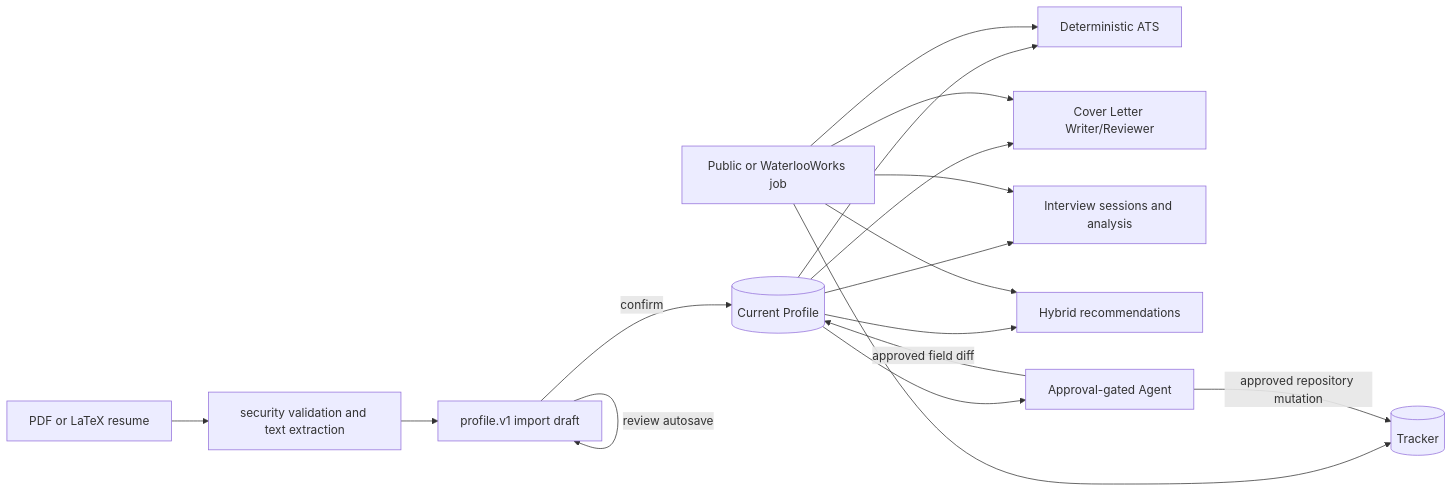
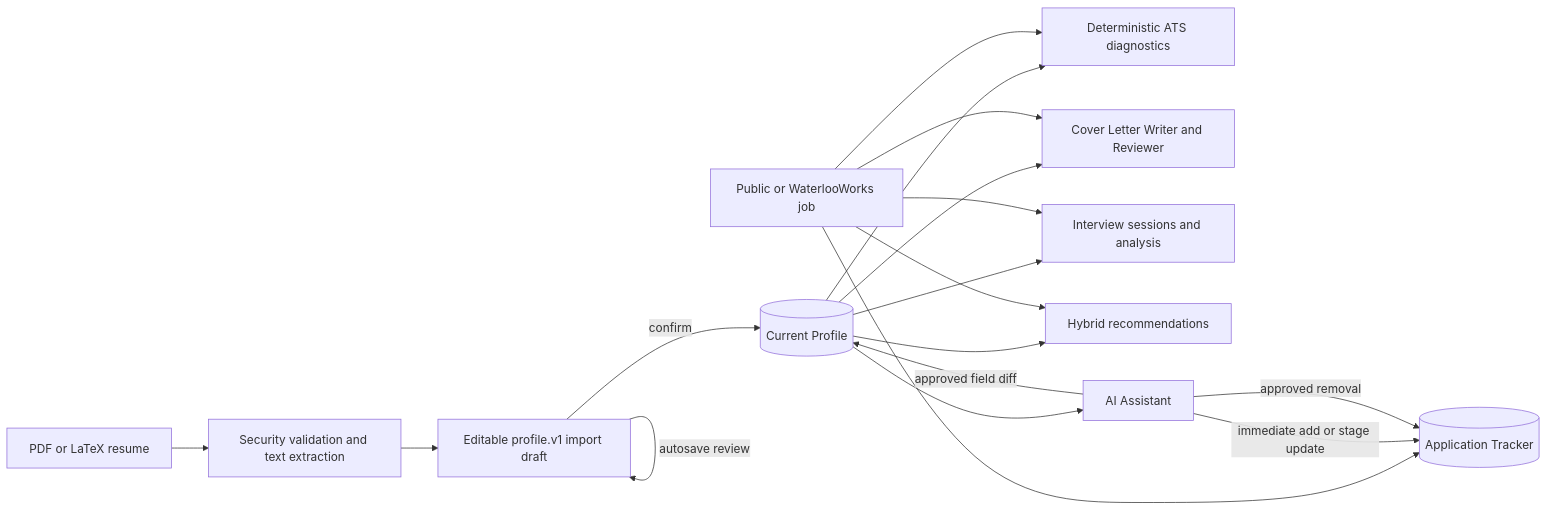
Before and after one commit to KaiusJin/WeCanFindIntern: the fifth of 9 diagrams in docs/TECHNICAL_DOCUMENTATION.md, drawn with Mermaid. The commit also changed other lines of this file and 17 other files, not shown here.

````diff
--- a/docs/TECHNICAL_DOCUMENTATION.md
+++ b/docs/TECHNICAL_DOCUMENTATION.md
@@ -177,19 +272,20 @@
 ```mermaid
 flowchart LR
-    R[PDF or LaTeX resume] --> V[security validation and text extraction]
-    V --> D[profile.v1 import draft]
-    D -->|review autosave| D
+    R[PDF or LaTeX resume] --> V[Security validation and text extraction]
+    V --> D[Editable profile.v1 import draft]
+    D -->|autosave review| D
     D -->|confirm| P[(Current Profile)]
-    P --> ATS[Deterministic ATS]
-    P --> CL[Cover Letter Writer/Reviewer]
+    P --> ATS[Deterministic ATS diagnostics]
+    P --> CL[Cover Letter Writer and Reviewer]
     P --> IV[Interview sessions and analysis]
     P --> REC[Hybrid recommendations]
-    P --> AG[Approval-gated Agent]
+    P --> AG[AI Assistant]
     J[Public or WaterlooWorks job] --> ATS
     J --> CL
     J --> IV
     J --> REC
-    J --> T[(Tracker)]
-    AG -->|approved repository mutation| T
+    J --> T[(Application Tracker)]
+    AG -->|immediate add or stage update| T
+    AG -->|approved removal| T
     AG -->|approved field diff| P
 ```
````
